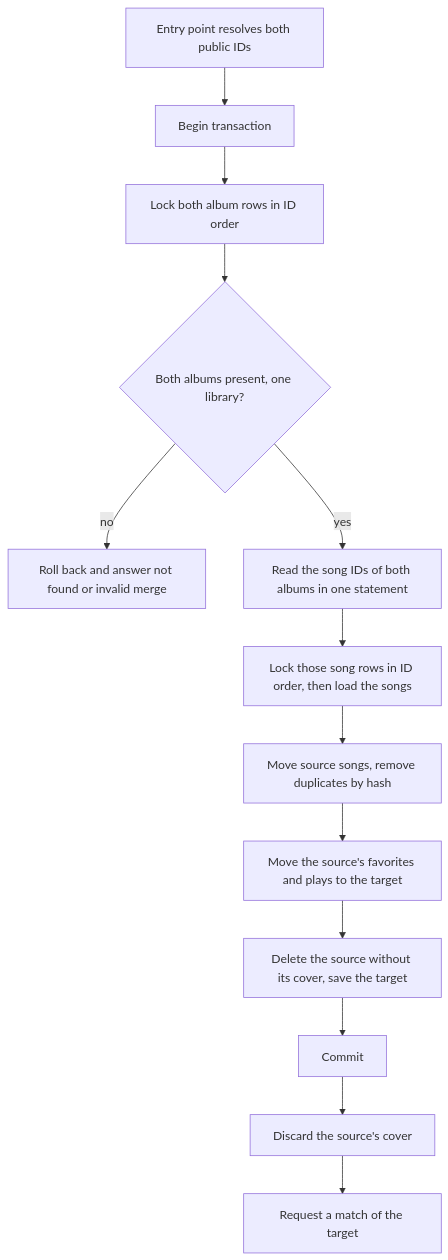
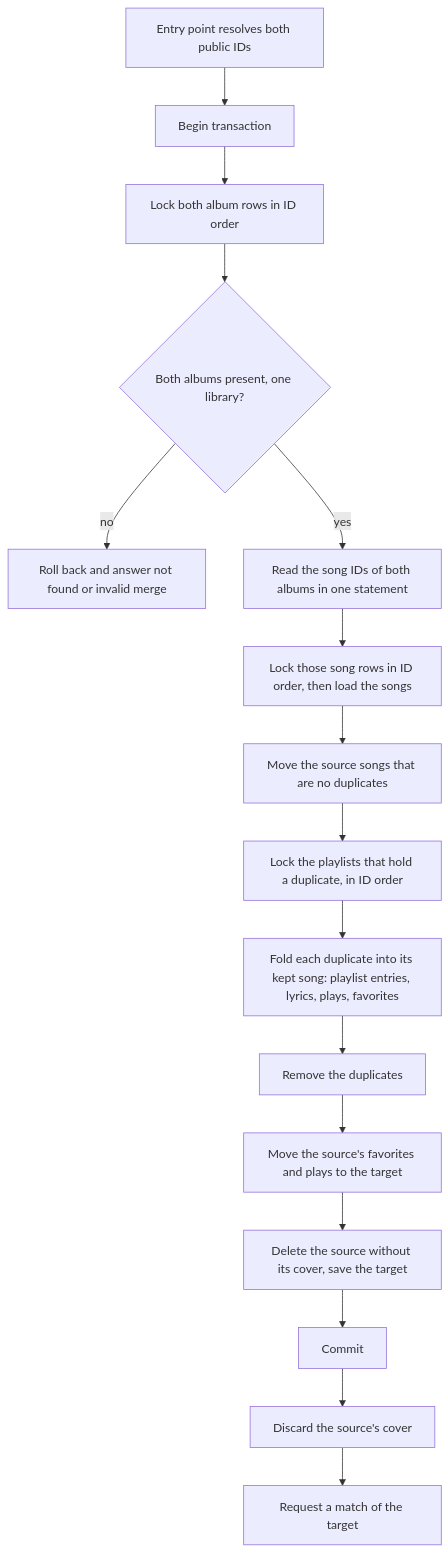
One commit to baander-app/baander changed the diagram in docs/plans/2026-11-15-1624-fix-matching-leftovers-plan.md. Above: the diagram before and after it, drawn with Mermaid. The commit also changed other lines of this file and 1 other file, not shown here.

First line of the commit message:
docs: extend the matching leftovers plan with artist sync by stored ID and the duplicate fold

````diff
--- a/docs/plans/2026-11-15-1624-fix-matching-leftovers-plan.md
+++ b/docs/plans/2026-11-15-1624-fix-matching-leftovers-plan.md
@@ -178,15 +234,18 @@
 ```mermaid
 flowchart TB
   A[Entry point resolves both public IDs] --> B[Begin transaction]
   B --> C[Lock both album rows in ID order]
   C --> D{Both albums present, one library?}
   D -->|no| X[Roll back and answer not found or invalid merge]
   D -->|yes| E[Read the song IDs of both albums in one statement]
   E --> F[Lock those song rows in ID order, then load the songs]
-  F --> G[Move source songs, remove duplicates by hash]
-  G --> H[Move the source's favorites and plays to the target]
+  F --> G[Move the source songs that are no duplicates]
+  G --> G2[Lock the playlists that hold a duplicate, in ID order]
+  G2 --> G3[Fold each duplicate into its kept song: playlist entries, lyrics, plays, favorites]
+  G3 --> G4[Remove the duplicates]
+  G4 --> H[Move the source's favorites and plays to the target]
   H --> I[Delete the source without its cover, save the target]
   I --> J[Commit]
   J --> K[Discard the source's cover]
   K --> L[Request a match of the target]
 ```
````
